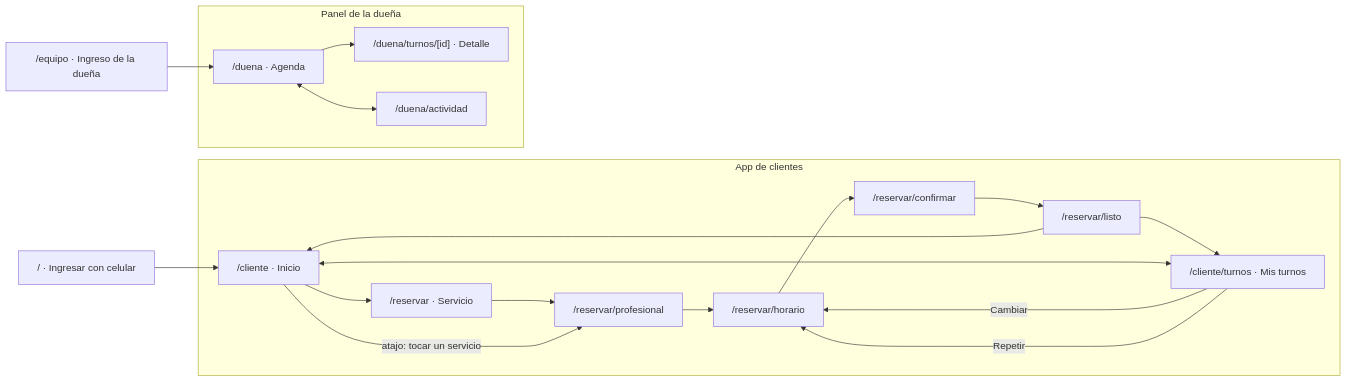
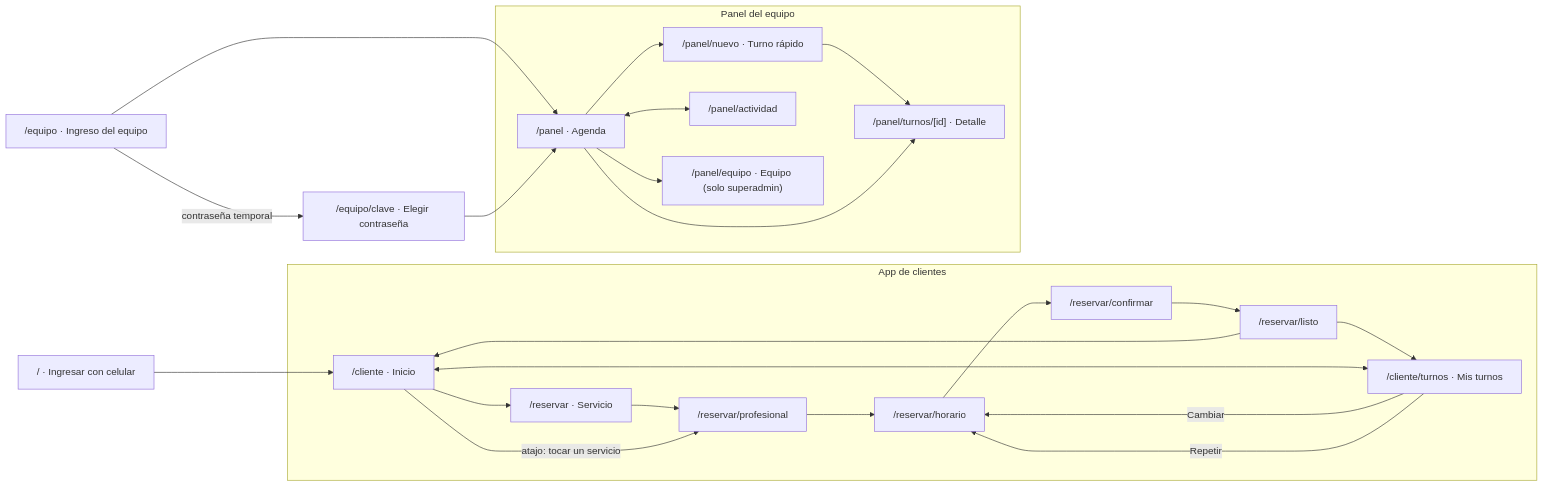
One commit to andreamperezp/Filo changed the first of 12 diagrams in docs/user-flows.md. Above: the diagram before and after it, drawn with Mermaid. The commit also changed other lines of this file and 59 other files, not shown here.

First line of the commit message:
feat(equipo): roles superadmin y peluquero, calendario y servicio "Otro"

````diff
--- a/docs/user-flows.md
+++ b/docs/user-flows.md
@@ -8,29 +8,35 @@
 ```mermaid
 flowchart LR
   Entrada["/ · Ingresar con celular"]
-  Equipo["/equipo · Ingreso de la dueña"]
+  Equipo["/equipo · Ingreso del equipo"]
   subgraph Cliente["App de clientes"]
     CI["/cliente · Inicio"]
     R1["/reservar · Servicio"]
     R2["/reservar/profesional"]
     R3["/reservar/horario"]
     R4["/reservar/confirmar"]
     R5["/reservar/listo"]
     MT["/cliente/turnos · Mis turnos"]
   end
-  subgraph Duena["Panel de la dueña"]
-    AG["/duena · Agenda"]
-    DT["/duena/turnos/[id] · Detalle"]
-    AC["/duena/actividad"]
+  subgraph Panel["Panel del equipo"]
+    AG["/panel · Agenda"]
+    NU["/panel/nuevo · Turno rápido"]
+    DT["/panel/turnos/[id] · Detalle"]
+    AC["/panel/actividad"]
+    EQ["/panel/equipo · Equipo (solo superadmin)"]
   end
+  CL["/equipo/clave · Elegir contraseña"]
   Entrada --> CI
   Equipo --> AG
+  Equipo -- "contraseña temporal" --> CL --> AG
+  AG --> NU --> DT
+  AG --> EQ
   CI --> R1 --> R2 --> R3 --> R4 --> R5
   CI -- "atajo: tocar un servicio" --> R2
   R5 --> MT & CI
   CI <--> MT
   MT -- "Cambiar" --> R3
   MT -- "Repetir" --> R3
   AG --> DT
   AG <--> AC
 ```
````
